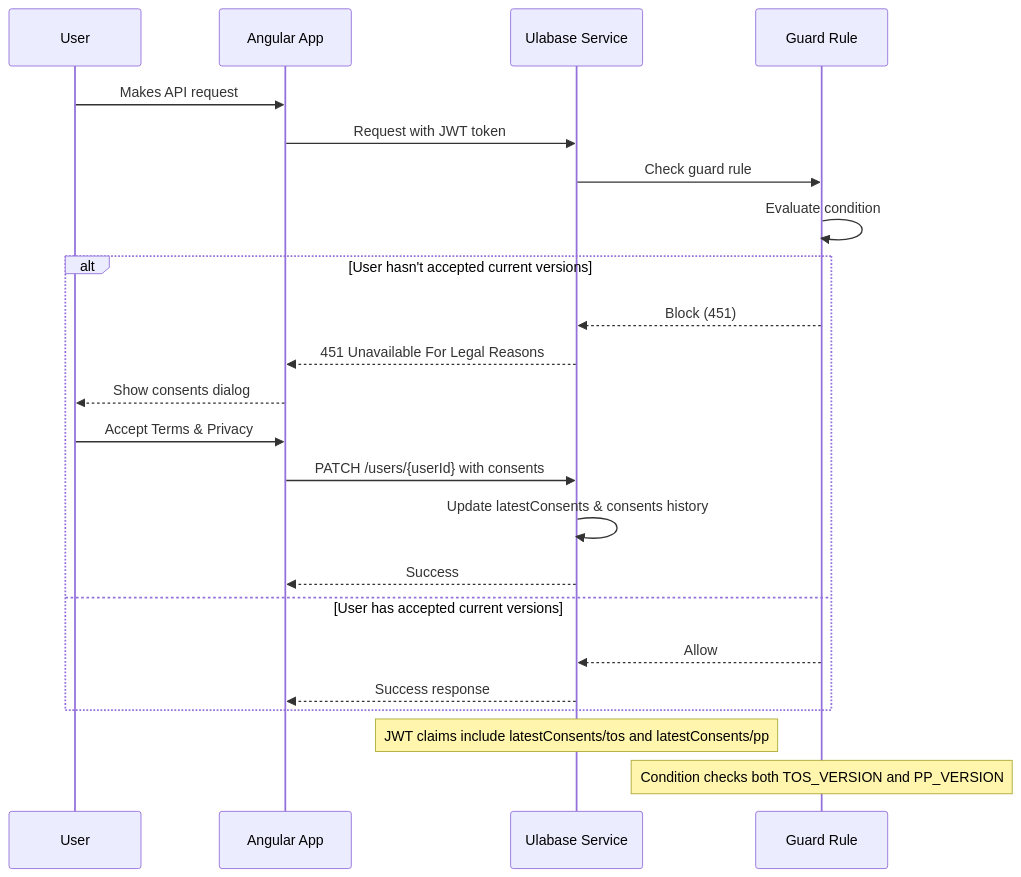
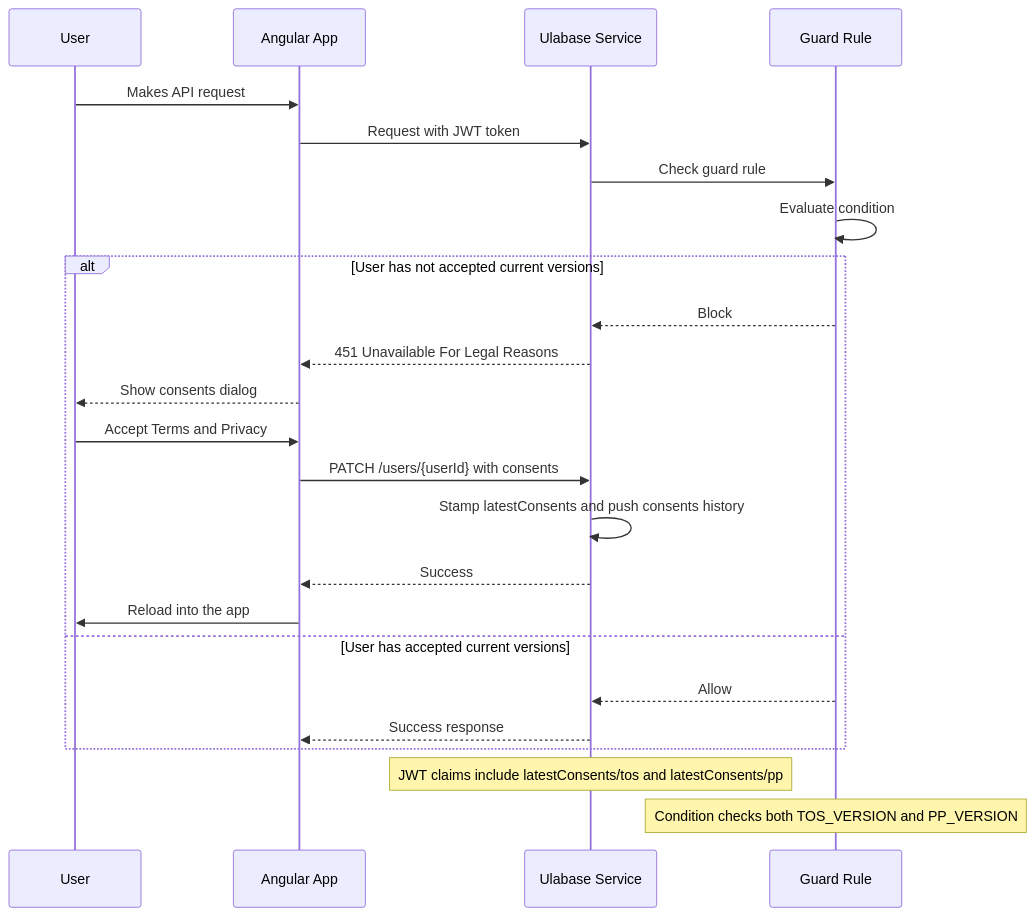
One commit to ulabase/starter-ng changed the third of 5 diagrams in openwiki/operations.md. Above: the diagram before and after it, drawn with Mermaid. The commit also changed other lines of this file and 15 other files, not shown here.

````diff
--- a/openwiki/operations.md
+++ b/openwiki/operations.md
@@ -185,28 +217,29 @@
 ```mermaid
 sequenceDiagram
     participant U as User
     participant A as Angular App
     participant S as Ulabase Service
     participant G as Guard Rule
-    
+
     U->>A: Makes API request
     A->>S: Request with JWT token
     S->>G: Check guard rule
     G->>G: Evaluate condition
-    
-    alt User hasn't accepted current versions
-        G-->>S: Block (451)
+
+    alt User has not accepted current versions
+        G-->>S: Block
         S-->>A: 451 Unavailable For Legal Reasons
         A-->>U: Show consents dialog
-        U->>A: Accept Terms & Privacy
+        U->>A: Accept Terms and Privacy
         A->>S: PATCH /users/{userId} with consents
-        S->>S: Update latestConsents & consents history
+        S->>S: Stamp latestConsents and push consents history
         S-->>A: Success
+        A->>U: Reload into the app
     else User has accepted current versions
         G-->>S: Allow
         S-->>A: Success response
     end
-    
+
     Note over S: JWT claims include latestConsents/tos and latestConsents/pp
     Note over G: Condition checks both TOS_VERSION and PP_VERSION
 ```
````
